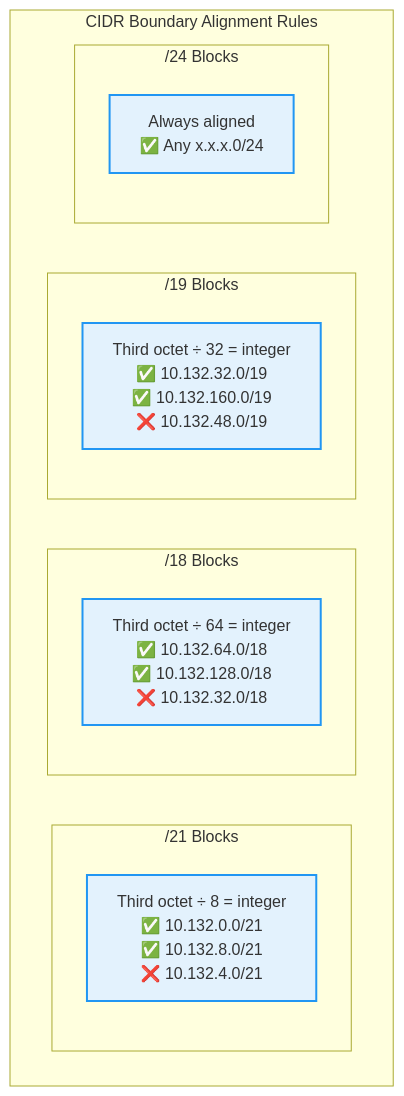
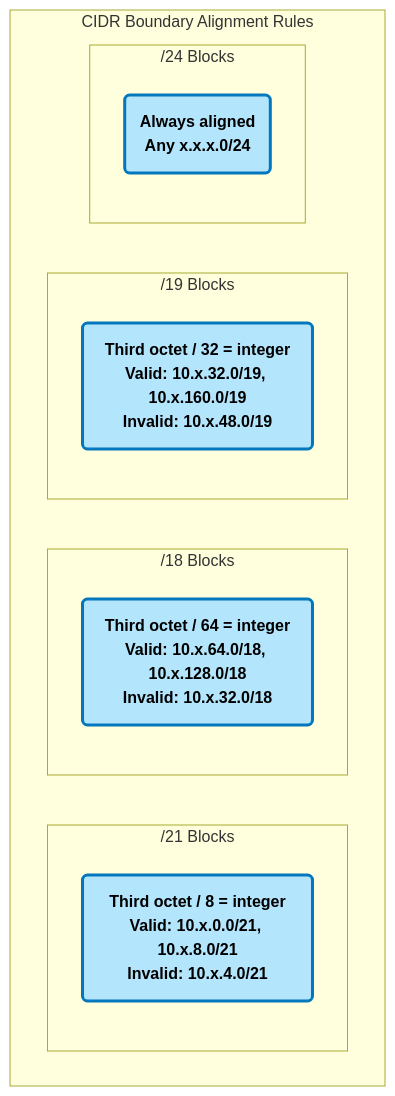
Before and after one commit to spolspol/terragrunt-gcp-org-automation: the fourth of 8 diagrams in docs/IP_ALLOCATION.md, drawn with Mermaid. The commit also changed other lines of this file and 36 other files, not shown here.

````diff
--- a/docs/IP_ALLOCATION.md
+++ b/docs/IP_ALLOCATION.md
@@ -189,25 +142,24 @@
 ```mermaid
 flowchart TB
     subgraph "CIDR Boundary Alignment Rules"
         subgraph "/21 Blocks"
-            A21["Third octet ÷ 8 = integer<br/>✅ 10.132.0.0/21<br/>✅ 10.132.8.0/21<br/>❌ 10.132.4.0/21"]
+            A21("<b>Third octet / 8 = integer<br/>Valid: 10.x.0.0/21, 10.x.8.0/21<br/>Invalid: 10.x.4.0/21</b>")
         end
-        
+
         subgraph "/18 Blocks"
-            A18["Third octet ÷ 64 = integer<br/>✅ 10.132.64.0/18<br/>✅ 10.132.128.0/18<br/>❌ 10.132.32.0/18"]
+            A18("<b>Third octet / 64 = integer<br/>Valid: 10.x.64.0/18, 10.x.128.0/18<br/>Invalid: 10.x.32.0/18</b>")
         end
-        
+
         subgraph "/19 Blocks"
-            A19["Third octet ÷ 32 = integer<br/>✅ 10.132.32.0/19<br/>✅ 10.132.160.0/19<br/>❌ 10.132.48.0/19"]
+            A19("<b>Third octet / 32 = integer<br/>Valid: 10.x.32.0/19, 10.x.160.0/19<br/>Invalid: 10.x.48.0/19</b>")
         end
-        
+
         subgraph "/24 Blocks"
-            A24["Always aligned<br/>✅ Any x.x.x.0/24"]
+            A24("<b>Always aligned<br/>Any x.x.x.0/24</b>")
         end
     end
-    
-    classDef valid fill:#C8E6C9,stroke:#4CAF50,stroke-width:2px
-    classDef rules fill:#E3F2FD,stroke:#2196F3,stroke-width:2px
-    
-    class A21,A18,A19,A24 rules
+
+    classDef network fill:#b3e5fc,stroke:#0277bd,stroke-width:3px,color:#000
+
+    class A21,A18,A19,A24 network
 ```
````
